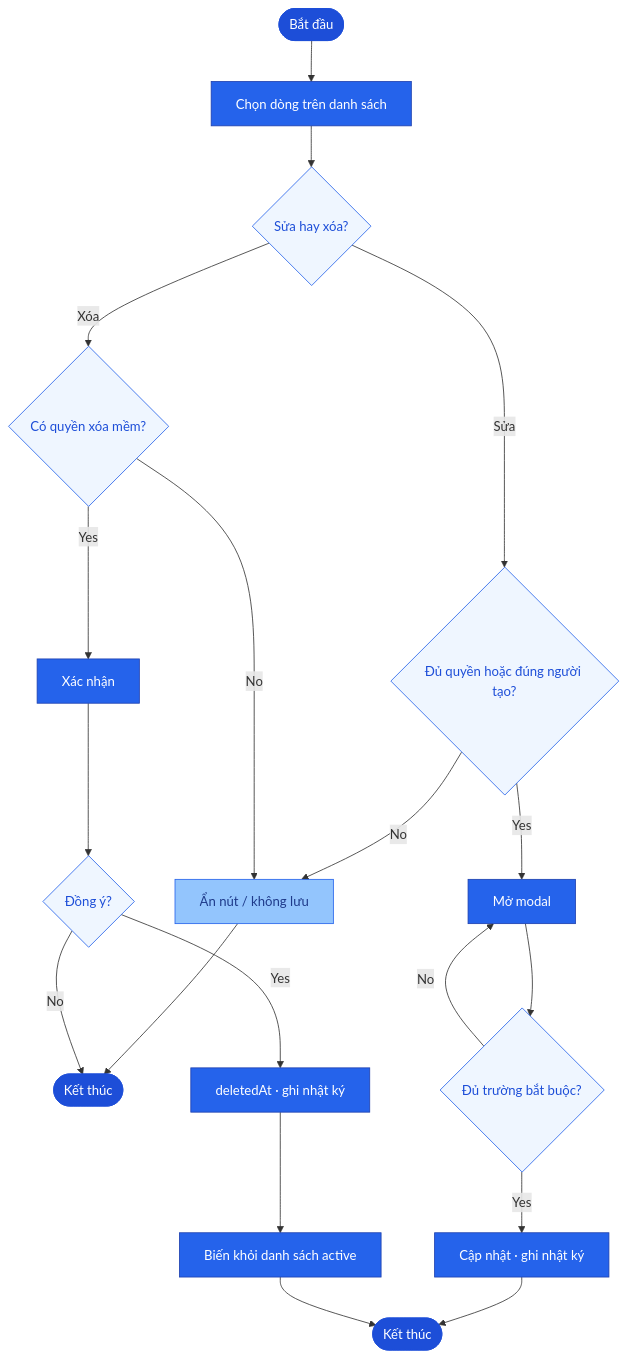
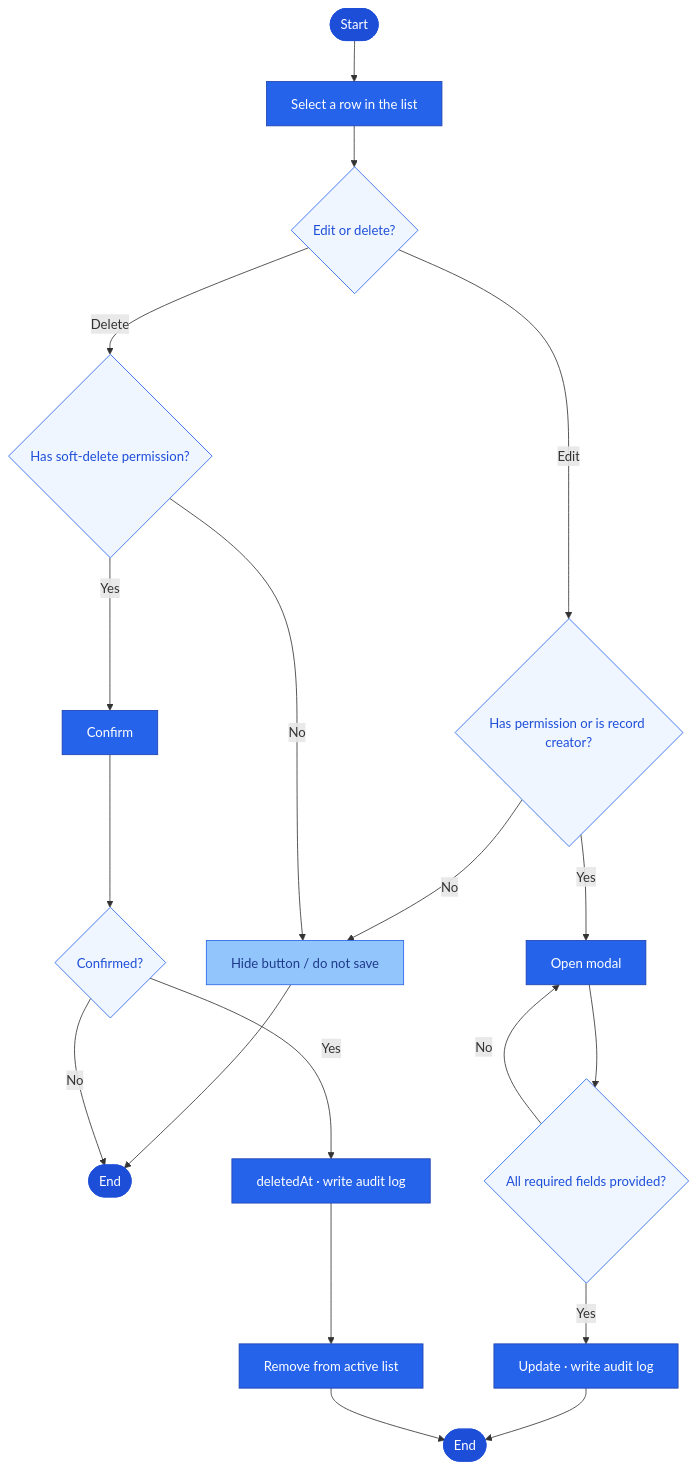
One commit to PhamHiep948/finance-manager changed the third of 6 diagrams in README.md. Above: the diagram before and after it, drawn with Mermaid. The commit also changed other lines of this file and 30 other files, not shown here.

Commit message:
Add ESSENTIAL arc42 architecture docs with context, container, and component diagrams, and update the C4 views and project documentation.

````diff
--- a/README.md
+++ b/README.md
@@ -113,30 +113,30 @@
 ```mermaid
 flowchart TD
-  S([Bắt đầu]) --> A[Chọn dòng trên danh sách]
-  A --> B{Sửa hay xóa?}
-  B -->|Sửa| C{Đủ quyền hoặc đúng người tạo?}
-  C -->|No| D[Ẩn nút / không lưu]
-  D --> END1([Kết thúc])
-  C -->|Yes| E[Mở modal]
-  E --> F{Đủ trường bắt buộc?}
+  S([Start]) --> A[Select a row in the list]
+  A --> B{Edit or delete?}
+  B -->|Edit| C{Has permission or is record creator?}
+  C -->|No| D[Hide button / do not save]
+  D --> END1([End])
+  C -->|Yes| E[Open modal]
+  E --> F{All required fields provided?}
   F -->|No| E
-  F -->|Yes| G[Cập nhật · ghi nhật ký]
-  G --> END2([Kết thúc])
-  B -->|Xóa| H{Có quyền xóa mềm?}
+  F -->|Yes| G[Update · write audit log]
+  G --> END2([End])
+  B -->|Delete| H{Has soft-delete permission?}
   H -->|No| D
-  H -->|Yes| I[Xác nhận]
-  I --> J{Đồng ý?}
+  H -->|Yes| I[Confirm]
+  I --> J{Confirmed?}
   J -->|No| END1
-  J -->|Yes| K[deletedAt · ghi nhật ký]
-  K --> L[Biến khỏi danh sách active]
+  J -->|Yes| K[deletedAt · write audit log]
+  K --> L[Remove from active list]
   L --> END2
 
   classDef startEnd fill:#1D4ED8,stroke:#1D4ED8,color:#fff
   classDef step fill:#2563EB,stroke:#1E40AF,color:#fff
   classDef stepLite fill:#93C5FD,stroke:#2563EB,color:#1E3A8A
   classDef decision fill:#EFF6FF,stroke:#2563EB,color:#1D4ED8
   class S,END1,END2 startEnd
   class A,E,G,I,K,L step
   class D stepLite
   class B,C,F,H,J decision
 ```
````
